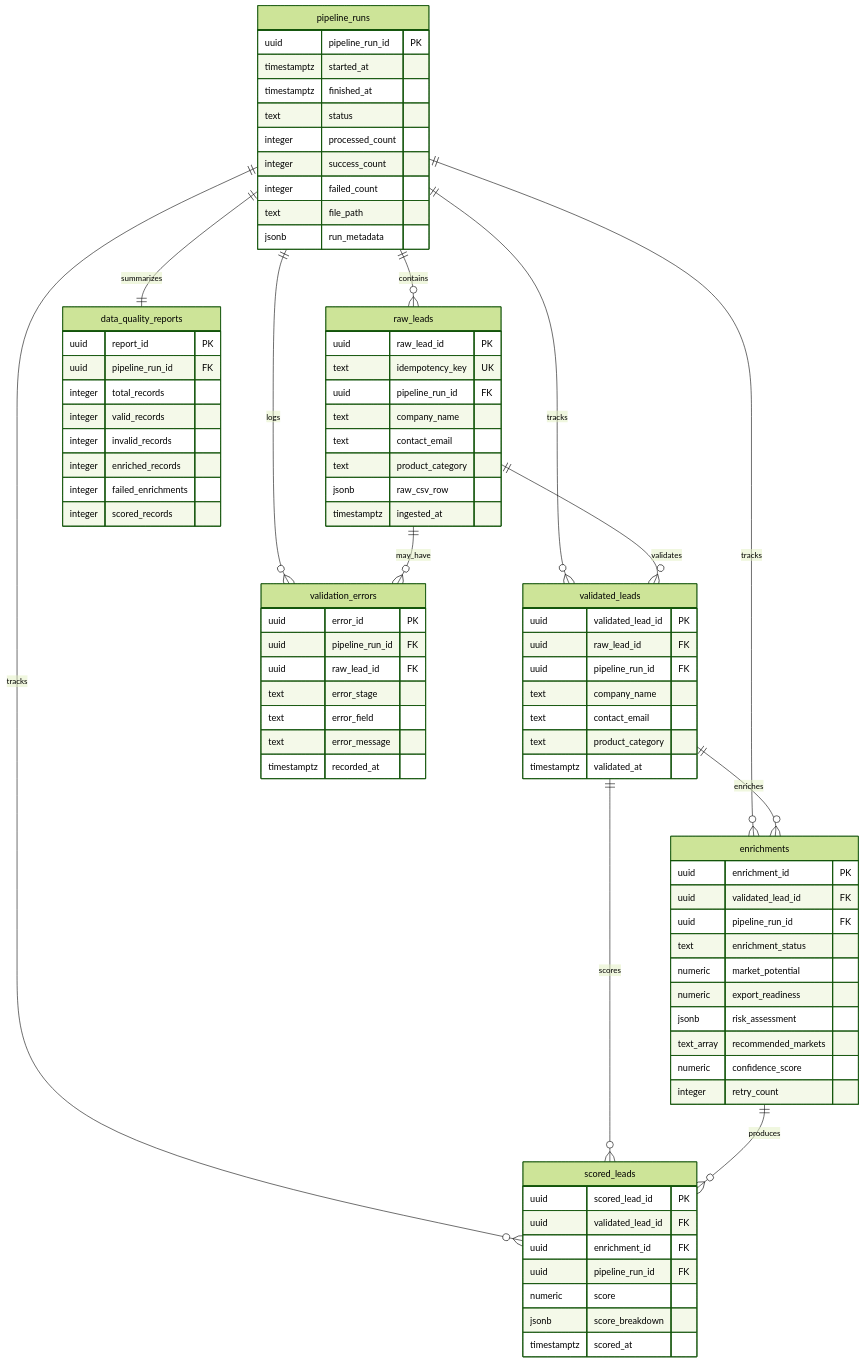
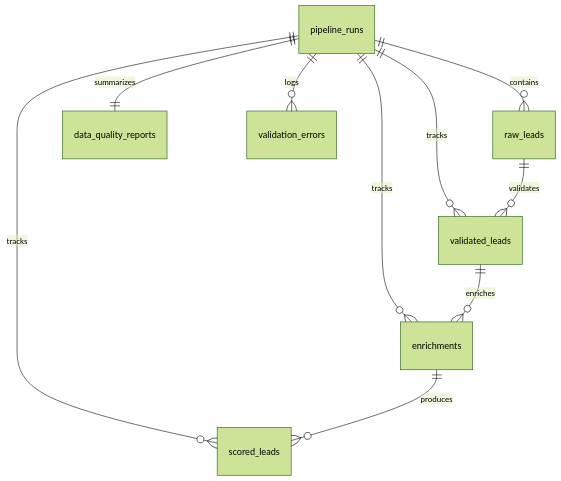
The second of 2 diagrams in README.md (OzgurKaptann/ai-export-intelligence-pipeline), drawn with Mermaid (forest theme) before and after one commit. The commit also changed other lines of this file and 3 other files, not shown here.

Commit message:
docs: add comprehensive readme, architecture guide, and demo script

````diff
--- a/README.md
+++ b/README.md
@@ -173,87 +138,7 @@
     pipeline_runs ||--o{ scored_leads : tracks
     pipeline_runs ||--|| data_quality_reports : summarizes
     pipeline_runs ||--o{ validation_errors : logs
-
     raw_leads ||--o{ validated_leads : validates
-    raw_leads ||--o{ validation_errors : may_have
     validated_leads ||--o{ enrichments : enriches
-    validated_leads ||--o{ scored_leads : scores
     enrichments ||--o{ scored_leads : produces
-
-    pipeline_runs {
-        uuid pipeline_run_id PK
-        timestamptz started_at
-        timestamptz finished_at
-        text status
-        integer processed_count
-        integer success_count
-        integer failed_count
-        text file_path
-        jsonb run_metadata
-    }
-
-    raw_leads {
-        uuid raw_lead_id PK
-        text idempotency_key UK
-        uuid pipeline_run_id FK
-        text company_name
-        text contact_email
-        text product_category
-        jsonb raw_csv_row
-        timestamptz ingested_at
-    }
-
-    validated_leads {
-        uuid validated_lead_id PK
-        uuid raw_lead_id FK
-        uuid pipeline_run_id FK
-        text company_name
-        text contact_email
-        text product_category
-        timestamptz validated_at
-    }
-
-    enrichments {
-        uuid enrichment_id PK
-        uuid validated_lead_id FK
-        uuid pipeline_run_id FK
-        text enrichment_status
-        numeric market_potential
-        numeric export_readiness
-        jsonb risk_assessment
-        text_array recommended_markets
-        numeric confidence_score
-        integer retry_count
-    }
-
-    scored_leads {
-        uuid scored_lead_id PK
-        uuid validated_lead_id FK
-        uuid enrichment_id FK
-        uuid pipeline_run_id FK
-        numeric score
-        jsonb score_breakdown
-        timestamptz scored_at
-    }
-
-    data_quality_reports {
-        uuid report_id PK
-        uuid pipeline_run_id FK
-        integer total_records
-        integer valid_records
-        integer invalid_records
-        integer enriched_records
-        integer failed_enrichments
-        integer scored_records
-    }
-
-    validation_errors {
-        uuid error_id PK
-        uuid pipeline_run_id FK
-        uuid raw_lead_id FK
-        text error_stage
-        text error_field
-        text error_message
-        timestamptz recorded_at
-    }
 ```
````
